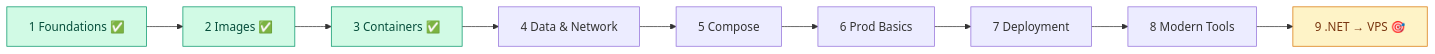
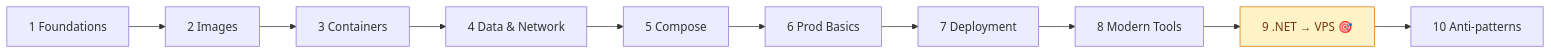
One commit to wesamkhateeb98-creator/docker-zero-to-production changed the first of 2 diagrams in README.md. Above: the diagram before and after it, drawn with Mermaid. The commit also changed other lines of this file and 83 other files, not shown here.

First line of the commit message:
Complete phases 4-9 and add 25 anti-patterns

````diff
--- a/README.md
+++ b/README.md
@@ -14,10 +14,7 @@
 ```mermaid
 flowchart LR
-    P1["1 Foundations ✅"] --> P2["2 Images ✅"] --> P3["3 Containers ✅"]
-    P3 --> P4["4 Data & Network"] --> P5["5 Compose"] --> P6["6 Prod Basics"]
-    P6 --> P7["7 Deployment"] --> P8["8 Modern Tools"] --> P9["9 .NET → VPS 🎯"]
-    classDef done fill:#d1fae5,stroke:#059669,color:#064e3b
+    P1["1 Foundations"] --> P2["2 Images"] --> P3["3 Containers"] --> P4["4 Data & Network"] --> P5["5 Compose"]
+    P5 --> P6["6 Prod Basics"] --> P7["7 Deployment"] --> P8["8 Modern Tools"] --> P9["9 .NET → VPS 🎯"] --> P10["10 Anti-patterns"]
     classDef goal fill:#fef3c7,stroke:#d97706,color:#78350f
-    class P1,P2,P3 done
     class P9 goal
 ```
````
